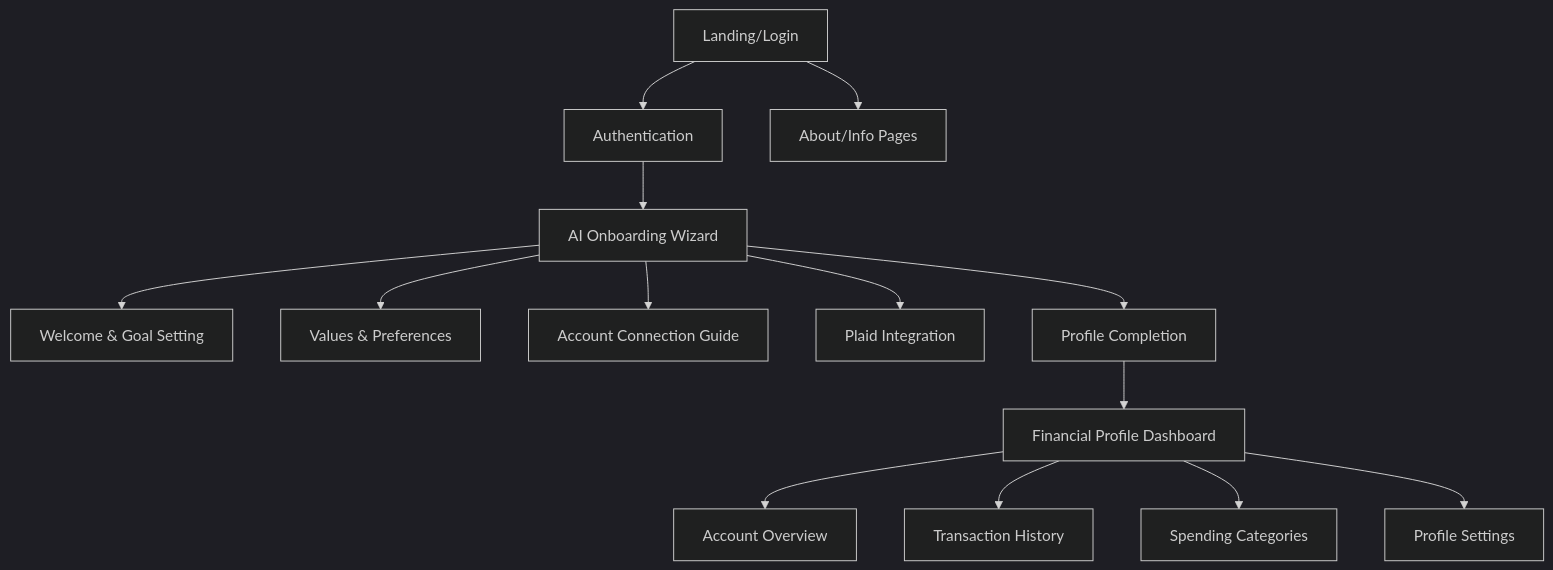
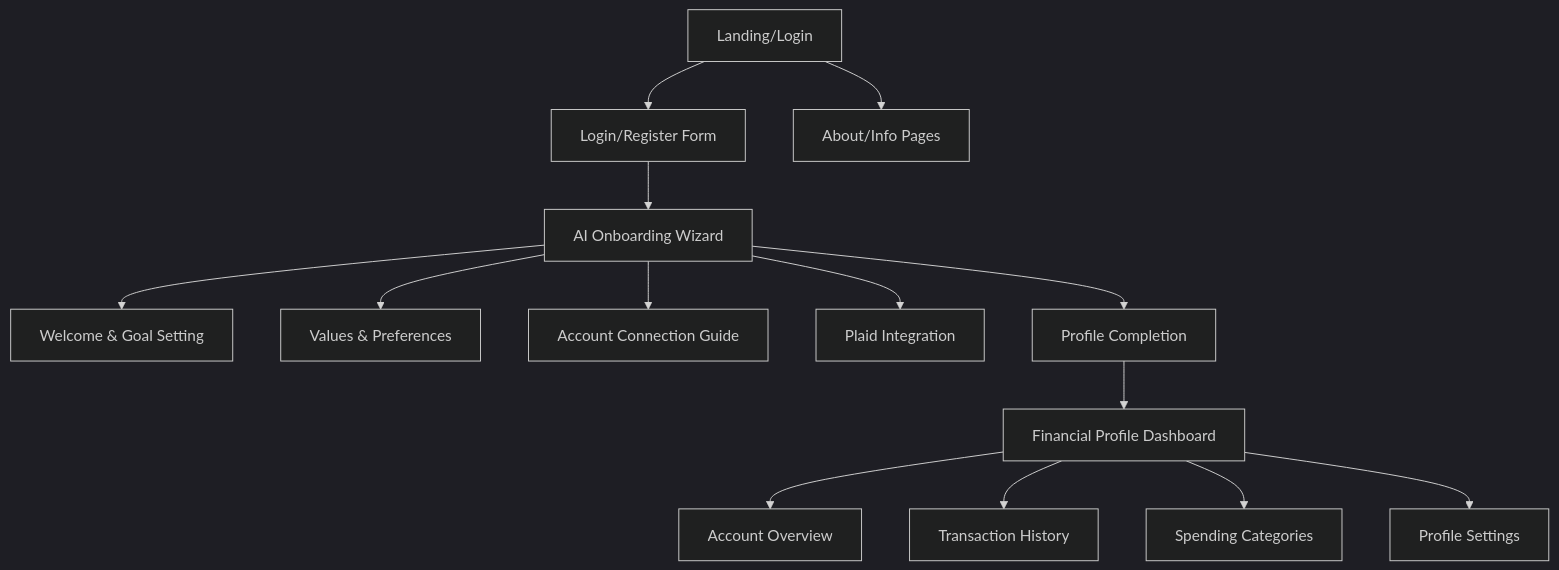
One commit to FinAssistant/financial-assistant changed the first of 3 diagrams in docs/front-end-spec.md. Above: the diagram before and after it, drawn with Mermaid (dark theme). The commit also changed other lines of this file and 5 other files, not shown here.

````diff
--- a/docs/front-end-spec.md
+++ b/docs/front-end-spec.md
@@ -40,16 +40,16 @@
 ```mermaid
 graph TD
-    A[Landing/Login] --> B[Authentication]
+    A[Landing/Login] --> B[Login/Register Form]
     B --> C[AI Onboarding Wizard]
     C --> C1[Welcome & Goal Setting]
     C --> C2[Values & Preferences]
     C --> C3[Account Connection Guide]
     C --> C4[Plaid Integration]
     C --> C5[Profile Completion]
     C5 --> D[Financial Profile Dashboard]
     D --> D1[Account Overview]
     D --> D2[Transaction History]
     D --> D3[Spending Categories]
     D --> D4[Profile Settings]
     A --> E[About/Info Pages]
 ```
````
